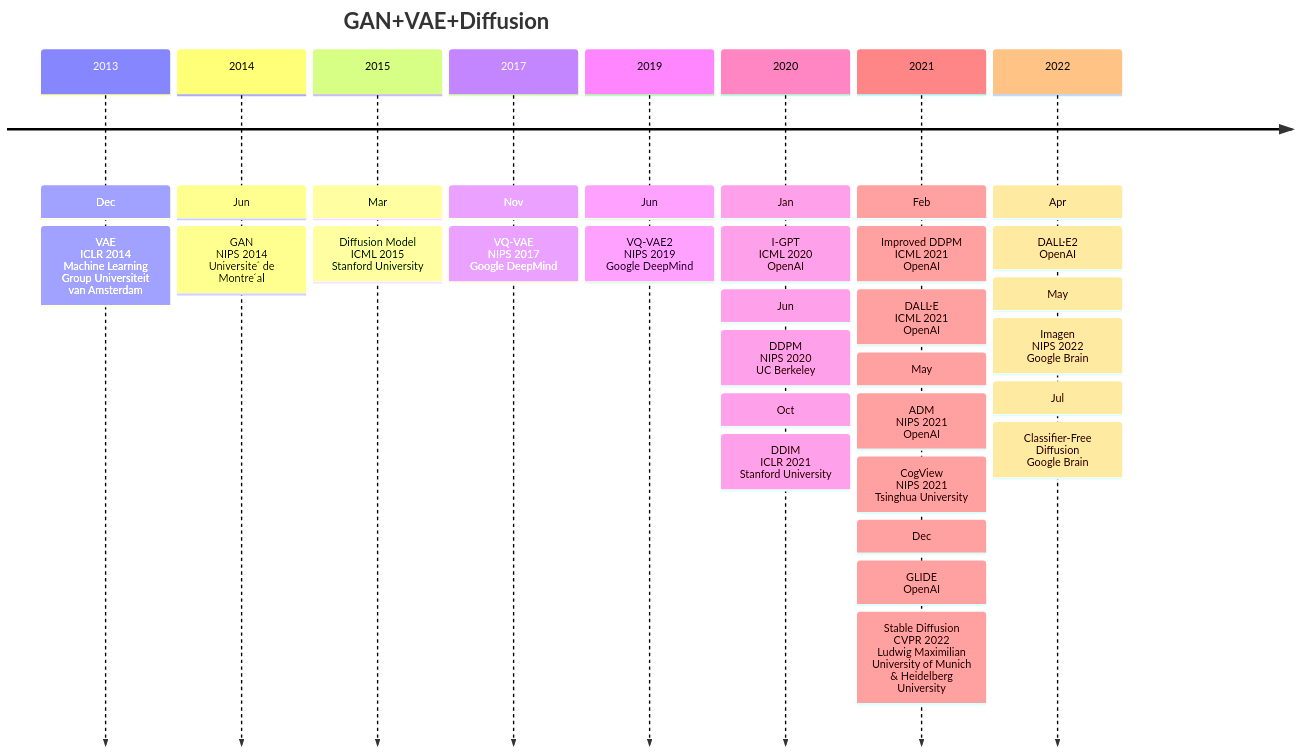
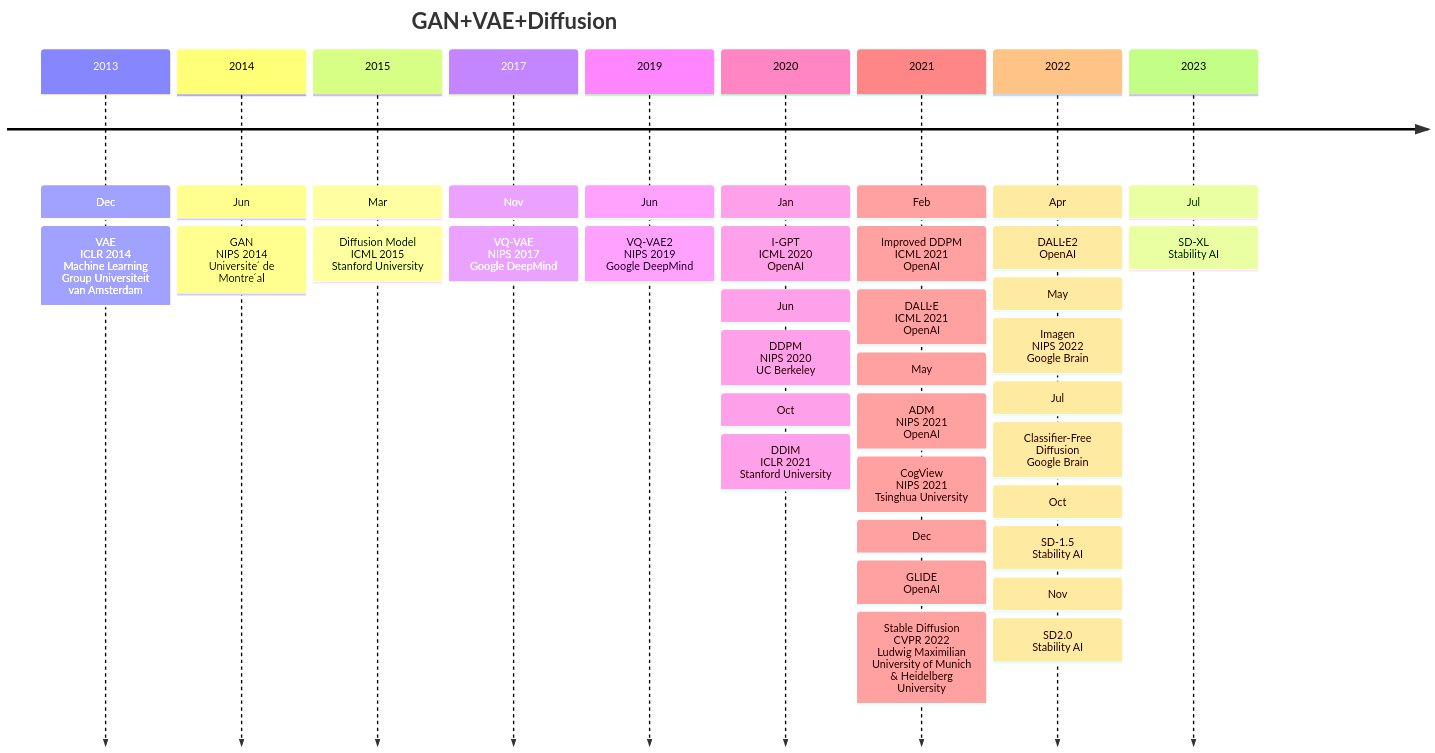
One commit to Elephant-King9/Paper changed the first of 5 diagrams in Base_Model/GAN+VAE+Diffusion/analyse.md. Above: the diagram before and after it, drawn with Mermaid. The commit also changed other lines of this file and 2 other files, not shown here.

````diff
--- a/Base_Model/GAN+VAE+Diffusion/analyse.md
+++ b/Base_Model/GAN+VAE+Diffusion/analyse.md
@@ -5,36 +5,42 @@
 ```mermaid
 timeline
     title GAN+VAE+Diffusion
     2013 : Dec
     		 : VAE<br>ICLR 2014<br>Machine Learning Group Universiteit van Amsterdam
 
     2014 : Jun
     		 : GAN<br>NIPS 2014<br>Universite ́ de Montre ́al
     2015 : Mar
          : Diffusion Model<br>ICML 2015<br>Stanford University
     2017 : Nov
     		 : VQ-VAE<br>NIPS 2017<br>Google DeepMind
     2019 : Jun
     		 : VQ-VAE2<br>NIPS 2019<br>Google DeepMind
     2020 : Jan
     		 : I-GPT<br>ICML 2020<br>OpenAI
     		 : Jun
     		 : DDPM<br>NIPS 2020<br>UC Berkeley
     		 : Oct
     		 : DDIM<br>ICLR 2021<br>Stanford University
     2021 : Feb
     		 : Improved DDPM<br>ICML 2021<br>OpenAI
     		 : DALL·E<br>ICML 2021<br>OpenAI
     		 : May
     		 : ADM<br>NIPS 2021<br>OpenAI
     		 : CogView<br>NIPS 2021<br>Tsinghua University
     		 : Dec
     		 : GLIDE<br>OpenAI
     		 : Stable Diffusion<br>CVPR 2022<br>Ludwig Maximilian University of Munich & Heidelberg University
     2022 : Apr
     		 : DALL·E2<br>OpenAI
     		 : May
     		 : Imagen<br>NIPS 2022<br>Google Brain
     		 : Jul
     		 : Classifier-Free Diffusion<br>Google Brain
+    		 : Oct
+    		 : SD-1.5<br>Stability AI
+    		 : Nov
+    		 : SD2.0<br>Stability AI
+    2023 : Jul
+    		 : SD-XL<br>Stability AI
 ```
````
